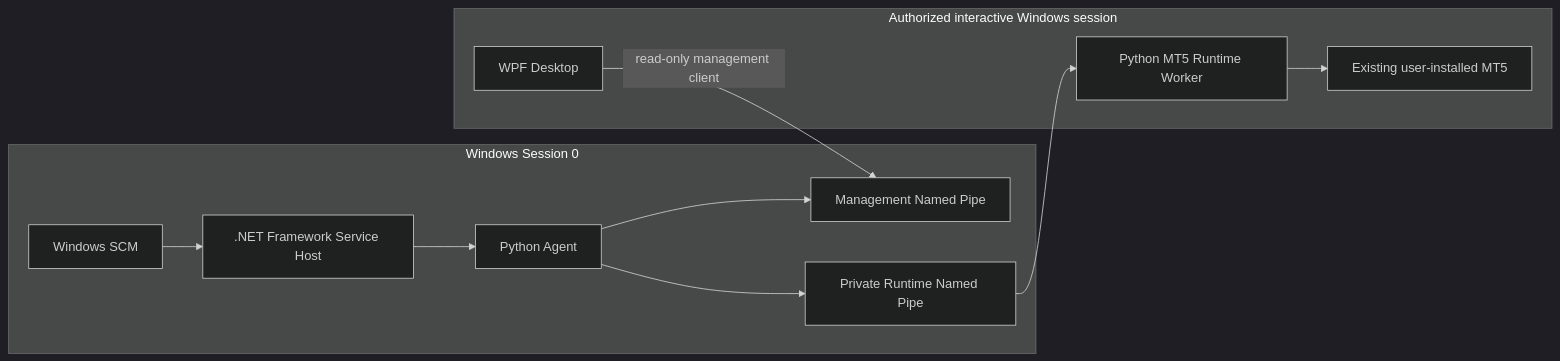
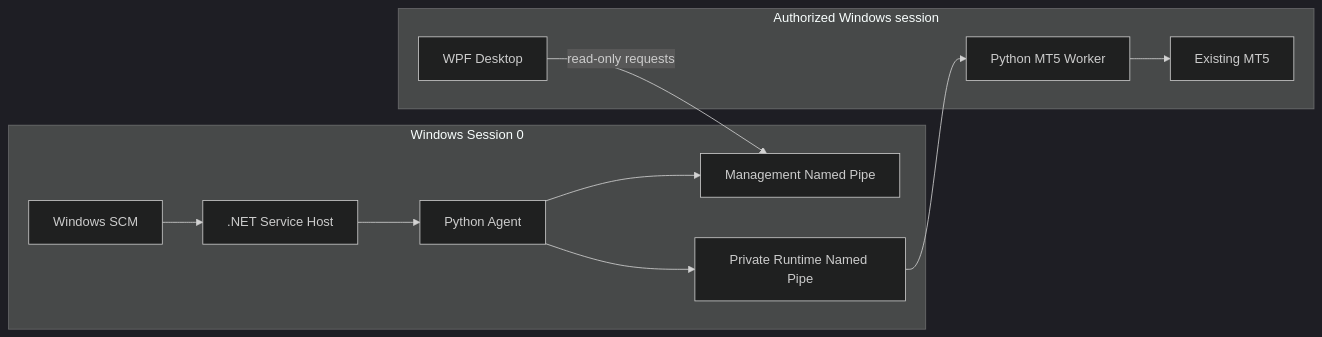
The diagram in docs/architecture/V0.1.5_RELEASE_READINESS.md (AmirrezaSobhi/agent), drawn with Mermaid (dark theme) before and after one commit. The commit also changed other lines of this file and 4 other files, not shown here.

````diff
--- a/docs/architecture/V0.1.5_RELEASE_READINESS.md
+++ b/docs/architecture/V0.1.5_RELEASE_READINESS.md
@@ -13,21 +7,14 @@
 ```mermaid
 flowchart LR
   subgraph S0[Windows Session 0]
-    SCM[Windows SCM]
-    Host[.NET Framework Service Host]
-    Agent[Python Agent]
-    Mgmt[Management Named Pipe]
-    Runtime[Private Runtime Named Pipe]
-    SCM --> Host --> Agent
-    Agent --> Mgmt
-    Agent --> Runtime
+    SCM[Windows SCM] --> Host[.NET Service Host]
+    Host --> Agent[Python Agent]
+    Agent --> Mgmt[Management Named Pipe]
+    Agent --> Runtime[Private Runtime Named Pipe]
   end
-  subgraph Interactive[Authorized interactive Windows session]
-    UI[WPF Desktop]
-    Worker[Python MT5 Runtime Worker]
-    Terminal[Existing user-installed MT5]
-    UI -->|read-only management client| Mgmt
-    Worker --> Terminal
+  subgraph Interactive[Authorized Windows session]
+    UI[WPF Desktop] -->|read-only requests| Mgmt
+    Worker[Python MT5 Worker] --> MT5[Existing MT5]
   end
   Runtime --> Worker
 ```
````
